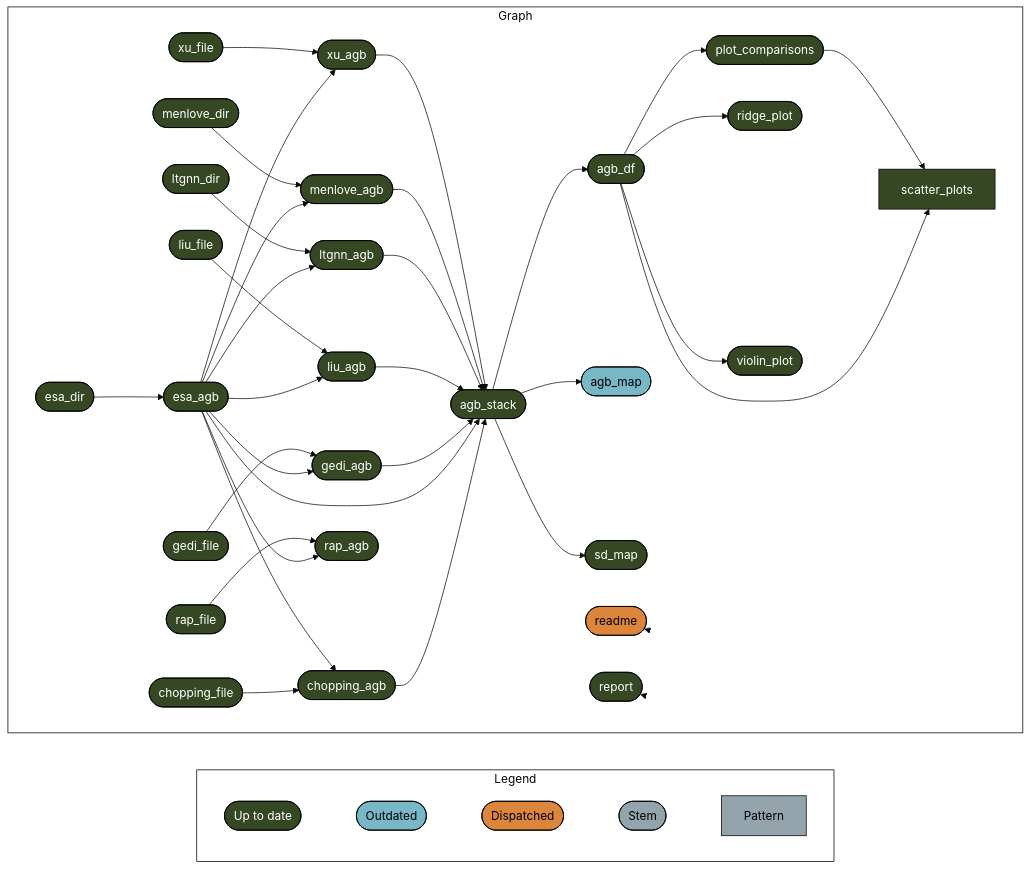
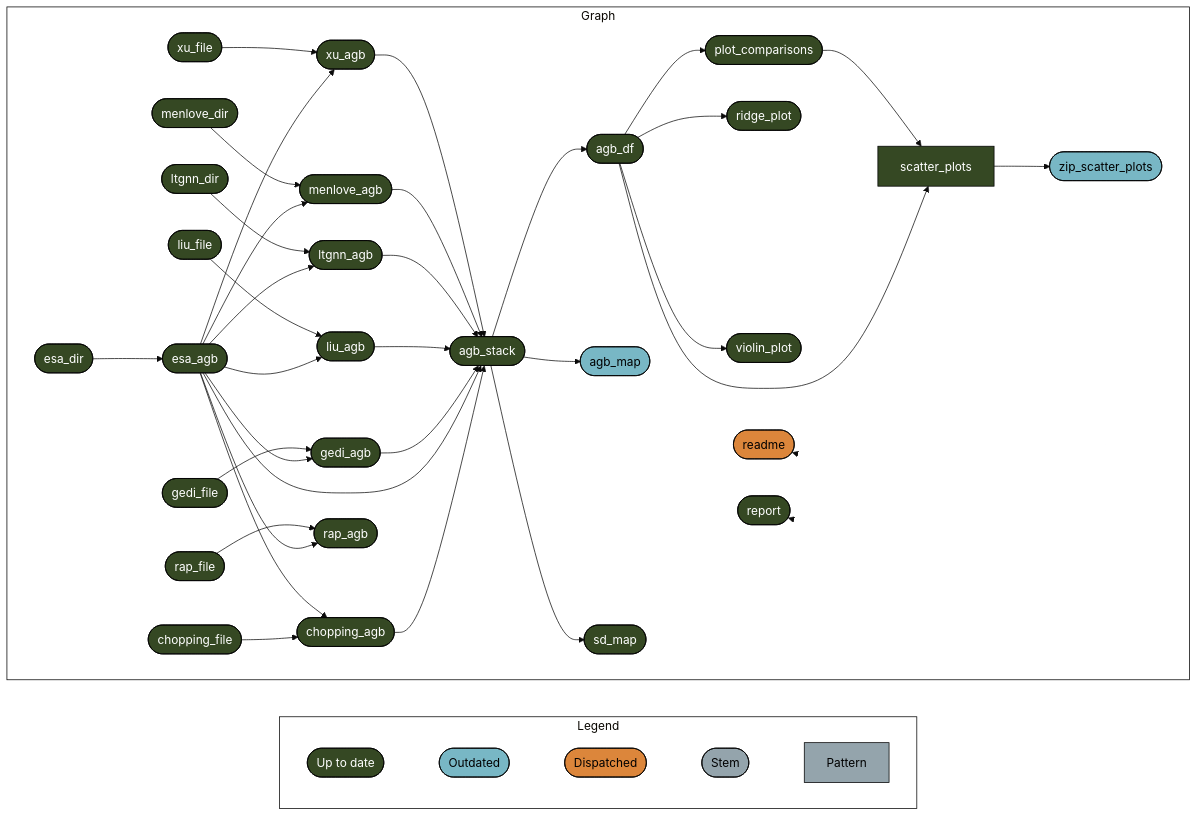
Before and after one commit to EcosystemEcologyLab/SW_Biomass: the diagram in README.md, drawn with Mermaid (base theme). The commit also changed other lines of this file and 10 other files, not shown here.

````diff
--- a/README.md
+++ b/README.md
@@ -36,57 +36,58 @@
 ``` mermaid
 graph LR
   style Legend fill:#FFFFFF00,stroke:#000000;
   style Graph fill:#FFFFFF00,stroke:#000000;
   subgraph Legend
     direction LR
     x7420bd9270f8d27d([""Up to date""]):::uptodate --- x0a52b03877696646([""Outdated""]):::outdated
     x0a52b03877696646([""Outdated""]):::outdated --- xa8565c104d8f0705([""Dispatched""]):::dispatched
     xa8565c104d8f0705([""Dispatched""]):::dispatched --- xbf4603d6c2c2ad6b([""Stem""]):::none
     xbf4603d6c2c2ad6b([""Stem""]):::none --- x70a5fa6bea6f298d[""Pattern""]:::none
   end
   subgraph Graph
     direction LR
     x1194ca8b71ccd0e1(["agb_df"]):::uptodate --> xa9c8870bcb5985fd["scatter_plots"]:::uptodate
     xa5177effe50f87b0(["plot_comparisons"]):::uptodate --> xa9c8870bcb5985fd["scatter_plots"]:::uptodate
     x74a8a38fc5a3e271(["agb_stack"]):::uptodate --> x1194ca8b71ccd0e1(["agb_df"]):::uptodate
     x9f7f8cade5fecf35(["esa_agb"]):::uptodate --> x7ff1622cd5d030f8(["ltgnn_agb"]):::uptodate
     xc968c07864940097(["ltgnn_dir"]):::uptodate --> x7ff1622cd5d030f8(["ltgnn_agb"]):::uptodate
     x10672e980111f5c2(["chopping_agb"]):::uptodate --> x74a8a38fc5a3e271(["agb_stack"]):::uptodate
     x9f7f8cade5fecf35(["esa_agb"]):::uptodate --> x74a8a38fc5a3e271(["agb_stack"]):::uptodate
     x5bee436f312cca80(["gedi_agb"]):::uptodate --> x74a8a38fc5a3e271(["agb_stack"]):::uptodate
     xe4f3f2f15e724def(["liu_agb"]):::uptodate --> x74a8a38fc5a3e271(["agb_stack"]):::uptodate
     x7ff1622cd5d030f8(["ltgnn_agb"]):::uptodate --> x74a8a38fc5a3e271(["agb_stack"]):::uptodate
     xb420f92ea294cb0b(["menlove_agb"]):::uptodate --> x74a8a38fc5a3e271(["agb_stack"]):::uptodate
     x6bb719b45bfee760(["xu_agb"]):::uptodate --> x74a8a38fc5a3e271(["agb_stack"]):::uptodate
     x9f7f8cade5fecf35(["esa_agb"]):::uptodate --> xe4f3f2f15e724def(["liu_agb"]):::uptodate
     x26d0dae1bf6fcb39(["liu_file"]):::uptodate --> xe4f3f2f15e724def(["liu_agb"]):::uptodate
     x74a8a38fc5a3e271(["agb_stack"]):::uptodate --> xd959ad20dd7fd009(["agb_map"]):::outdated
     x74a8a38fc5a3e271(["agb_stack"]):::uptodate --> x7dce032f25b5c564(["sd_map"]):::uptodate
     x1194ca8b71ccd0e1(["agb_df"]):::uptodate --> xa5177effe50f87b0(["plot_comparisons"]):::uptodate
     x9f7f8cade5fecf35(["esa_agb"]):::uptodate --> x5bee436f312cca80(["gedi_agb"]):::uptodate
     x8d7fb25f1e16bc4f(["gedi_file"]):::uptodate --> x5bee436f312cca80(["gedi_agb"]):::uptodate
+    xa9c8870bcb5985fd["scatter_plots"]:::uptodate --> x0ed052f6c2f4c6d2(["zip_scatter_plots"]):::outdated
     x9f7f8cade5fecf35(["esa_agb"]):::uptodate --> xb420f92ea294cb0b(["menlove_agb"]):::uptodate
     x5086af9665941a9e(["menlove_dir"]):::uptodate --> xb420f92ea294cb0b(["menlove_agb"]):::uptodate
     x9f7f8cade5fecf35(["esa_agb"]):::uptodate --> x5688b5ef6bcea6f9(["rap_agb"]):::uptodate
     x9889d33e942dc03b(["rap_file"]):::uptodate --> x5688b5ef6bcea6f9(["rap_agb"]):::uptodate
     x80cf9d1bb79c21e3(["chopping_file"]):::uptodate --> x10672e980111f5c2(["chopping_agb"]):::uptodate
     x9f7f8cade5fecf35(["esa_agb"]):::uptodate --> x10672e980111f5c2(["chopping_agb"]):::uptodate
     x1194ca8b71ccd0e1(["agb_df"]):::uptodate --> x13774cf4f2cc9b83(["ridge_plot"]):::uptodate
     x9f7f8cade5fecf35(["esa_agb"]):::uptodate --> x6bb719b45bfee760(["xu_agb"]):::uptodate
     x39b0a131ab7dd2d0(["xu_file"]):::uptodate --> x6bb719b45bfee760(["xu_agb"]):::uptodate
     xb91305eee1f5b0b5(["esa_dir"]):::uptodate --> x9f7f8cade5fecf35(["esa_agb"]):::uptodate
     x1194ca8b71ccd0e1(["agb_df"]):::uptodate --> xfe73ce9654aaf612(["violin_plot"]):::uptodate
     x6e52cb0f1668cc22(["readme"]):::dispatched --> x6e52cb0f1668cc22(["readme"]):::dispatched
     xe0fba61fbc506510(["report"]):::uptodate --> xe0fba61fbc506510(["report"]):::uptodate
   end
   classDef uptodate stroke:#000000,color:#ffffff,fill:#354823;
   classDef outdated stroke:#000000,color:#000000,fill:#78B7C5;
   classDef dispatched stroke:#000000,color:#000000,fill:#DC863B;
   classDef none stroke:#000000,color:#000000,fill:#94a4ac;
   linkStyle 0 stroke-width:0px;
   linkStyle 1 stroke-width:0px;
   linkStyle 2 stroke-width:0px;
   linkStyle 3 stroke-width:0px;
-  linkStyle 34 stroke-width:0px;
   linkStyle 35 stroke-width:0px;
+  linkStyle 36 stroke-width:0px;
 ```
````
